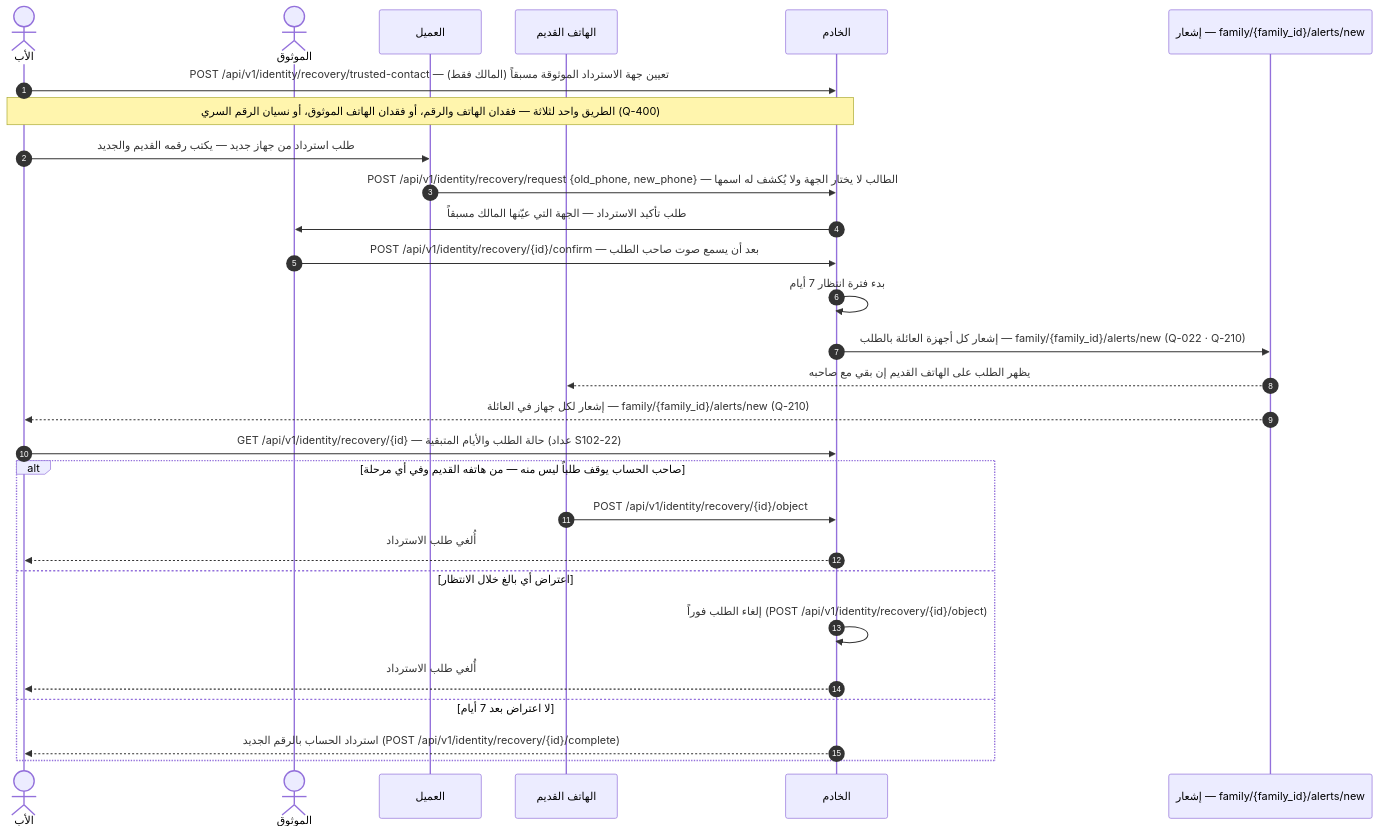
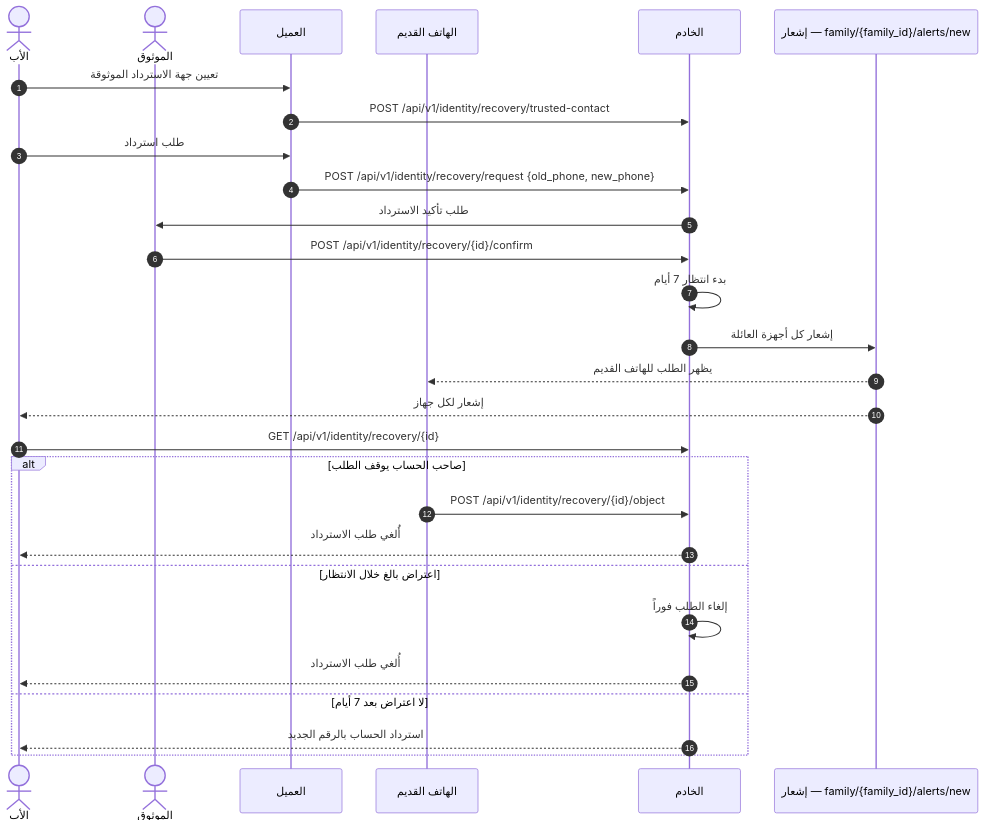
Before and after one commit to Bassam-mohammed-alqaeadi/family-os-v2: diagram 12 of 36 in docs/family-os/governance/phases/phase-1/S1-02-identity-and-onboarding/DIAGRAMS.md, drawn with Mermaid. The commit also changed other lines of this file, not shown here.

````diff
--- a/docs/family-os/governance/phases/phase-1/S1-02-identity-and-onboarding/DIAGRAMS.md
+++ b/docs/family-os/governance/phases/phase-1/S1-02-identity-and-onboarding/DIAGRAMS.md
@@ -449,30 +537,30 @@
 ```mermaid
 sequenceDiagram
     autonumber
     actor Father as الأب
     actor Trusted as الموثوق
     participant Client as العميل
     participant Old as الهاتف القديم
     participant Ktor as الخادم
     participant MQTT as إشعار — family/{family_id}/alerts/new
-    Father->>Ktor: POST /api/v1/identity/recovery/trusted-contact — تعيين جهة الاسترداد الموثوقة مسبقاً (المالك فقط)
-    Note over Father,Ktor: الطريق واحد لثلاثة — فقدان الهاتف والرقم، أو فقدان الهاتف الموثوق، أو نسيان الرقم السري (Q-400)
-    Father->>Client: طلب استرداد من جهاز جديد — يكتب رقمه القديم والجديد
-    Client->>Ktor: POST /api/v1/identity/recovery/request {old_phone, new_phone} — الطالب لا يختار الجهة ولا يُكشف له اسمها
-    Ktor->>Trusted: طلب تأكيد الاسترداد — الجهة التي عيّنها المالك مسبقاً
-    Trusted->>Ktor: POST /api/v1/identity/recovery/{id}/confirm — بعد أن يسمع صوت صاحب الطلب
-    Ktor->>Ktor: بدء فترة انتظار 7 أيام
-    Ktor->>MQTT: إشعار كل أجهزة العائلة بالطلب — family/{family_id}/alerts/new (Q-022 · Q-210)
-    MQTT-->>Old: يظهر الطلب على الهاتف القديم إن بقي مع صاحبه
-    MQTT-->>Father: إشعار لكل جهاز في العائلة — family/{family_id}/alerts/new (Q-210)
-    Father->>Ktor: GET /api/v1/identity/recovery/{id} — حالة الطلب والأيام المتبقية (عداد S102-22)
-    alt صاحب الحساب يوقف طلباً ليس منه — من هاتفه القديم وفي أي مرحلة
+    Father->>Client: تعيين جهة الاسترداد الموثوقة
+    Client->>Ktor: POST /api/v1/identity/recovery/trusted-contact
+    Father->>Client: طلب استرداد
+    Client->>Ktor: POST /api/v1/identity/recovery/request {old_phone, new_phone}
+    Ktor->>Trusted: طلب تأكيد الاسترداد
+    Trusted->>Ktor: POST /api/v1/identity/recovery/{id}/confirm
+    Ktor->>Ktor: بدء انتظار 7 أيام
+    Ktor->>MQTT: إشعار كل أجهزة العائلة
+    MQTT-->>Old: يظهر الطلب للهاتف القديم
+    MQTT-->>Father: إشعار لكل جهاز
+    Father->>Ktor: GET /api/v1/identity/recovery/{id}
+    alt صاحب الحساب يوقف الطلب
         Old->>Ktor: POST /api/v1/identity/recovery/{id}/object
         Ktor-->>Father: أُلغي طلب الاسترداد
-    else اعتراض أي بالغ خلال الانتظار
-        Ktor->>Ktor: إلغاء الطلب فوراً (POST /api/v1/identity/recovery/{id}/object)
+    else اعتراض بالغ خلال الانتظار
+        Ktor->>Ktor: إلغاء الطلب فوراً
         Ktor-->>Father: أُلغي طلب الاسترداد
     else لا اعتراض بعد 7 أيام
-        Ktor-->>Father: استرداد الحساب بالرقم الجديد (POST /api/v1/identity/recovery/{id}/complete)
+        Ktor-->>Father: استرداد الحساب بالرقم الجديد
     end
 ```
````
